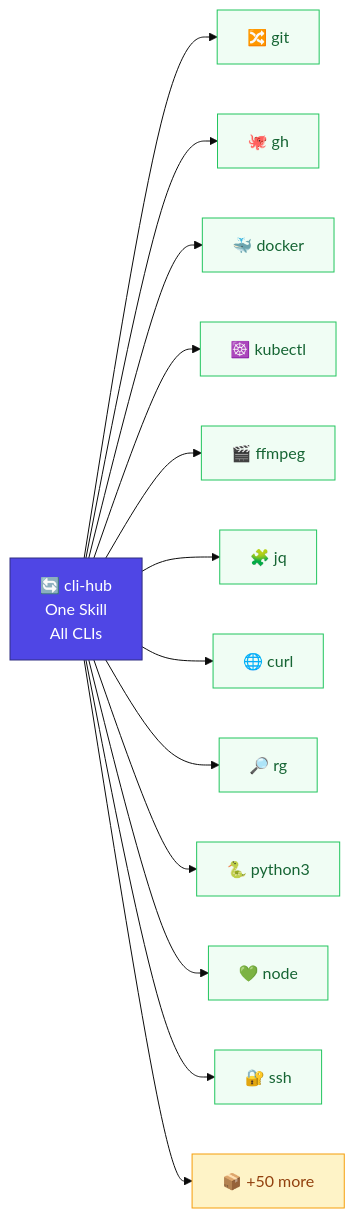
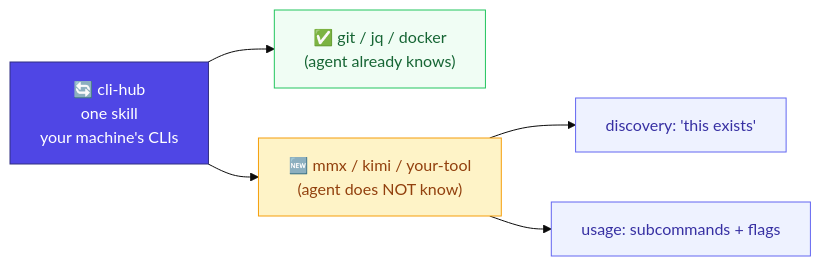
Before and after one commit to dull-bird/cli-hub: the diagram in README.md, drawn with Mermaid (base theme). The commit also changed other lines of this file and 2 other files, not shown here.

````diff
--- a/README.md
+++ b/README.md
@@ -5,29 +13,13 @@
 ```mermaid
 graph LR
-    CH["🔄 cli-hub<br/>One Skill<br/>All CLIs"] --> git["🔀 git"]
-    CH --> gh["🐙 gh"]
-    CH --> docker["🐳 docker"]
-    CH --> kubectl["☸️ kubectl"]
-    CH --> ffmpeg["🎬 ffmpeg"]
-    CH --> jq["🧩 jq"]
-    CH --> curl["🌐 curl"]
-    CH --> rg["🔎 rg"]
-    CH --> python3["🐍 python3"]
-    CH --> node["💚 node"]
-    CH --> ssh["🔐 ssh"]
-    CH --> more["📦 +50 more"]
+    CH["🔄 cli-hub<br/>one skill<br/>your machine's CLIs"] --> known["✅ git / jq / docker<br/>(agent already knows)"]
+    CH --> novel["🆕 mmx / kimi / your-tool<br/>(agent does NOT know)"]
+    novel --> disc["discovery: 'this exists'"]
+    novel --> use["usage: subcommands + flags"]
 
     style CH fill:#4f46e5,color:#fff,stroke:#312e81
-    style git fill:#f0fdf4,stroke:#22c55e,color:#166534
-    style gh fill:#f0fdf4,stroke:#22c55e,color:#166534
-    style docker fill:#f0fdf4,stroke:#22c55e,color:#166534
-    style kubectl fill:#f0fdf4,stroke:#22c55e,color:#166534
-    style ffmpeg fill:#f0fdf4,stroke:#22c55e,color:#166534
-    style jq fill:#f0fdf4,stroke:#22c55e,color:#166534
-    style curl fill:#f0fdf4,stroke:#22c55e,color:#166534
-    style rg fill:#f0fdf4,stroke:#22c55e,color:#166534
-    style python3 fill:#f0fdf4,stroke:#22c55e,color:#166534
-    style node fill:#f0fdf4,stroke:#22c55e,color:#166534
-    style ssh fill:#f0fdf4,stroke:#22c55e,color:#166534
-    style more fill:#fef3c7,stroke:#f59e0b,color:#92400e
+    style known fill:#f0fdf4,stroke:#22c55e,color:#166534
+    style novel fill:#fef3c7,stroke:#f59e0b,color:#92400e
+    style disc fill:#eef2ff,stroke:#6366f1,color:#3730a3
+    style use fill:#eef2ff,stroke:#6366f1,color:#3730a3
 ```
````
